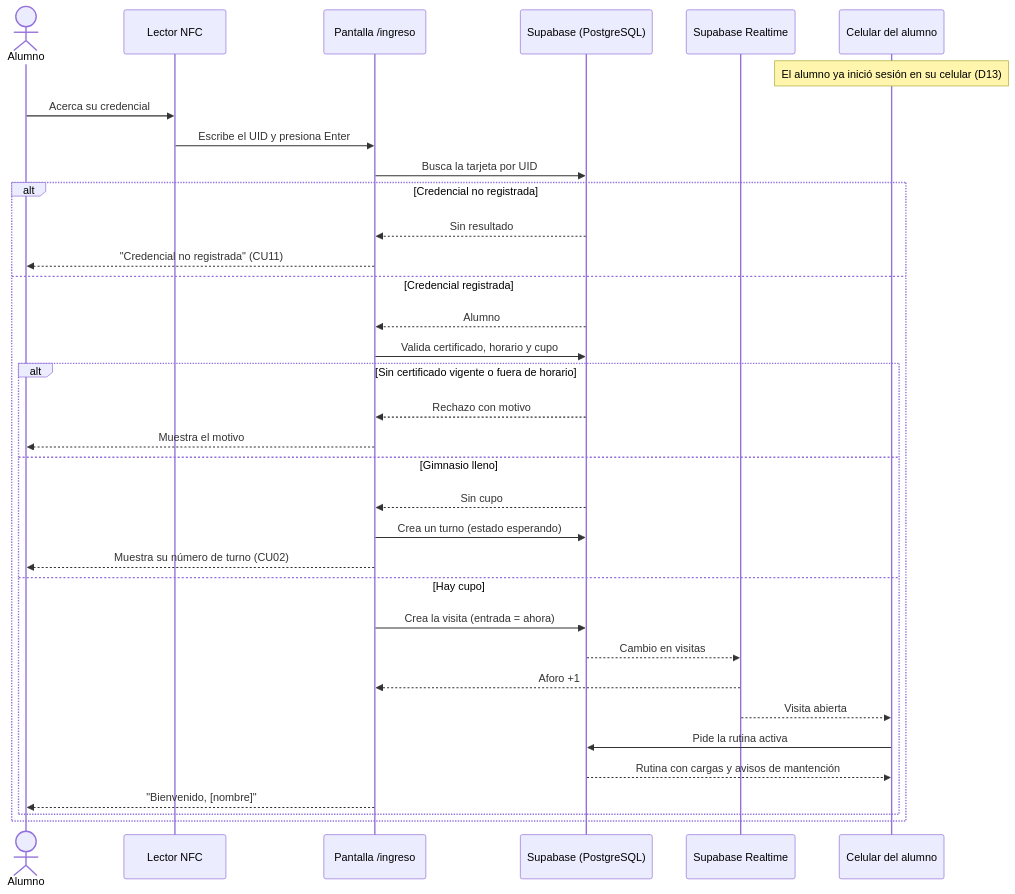
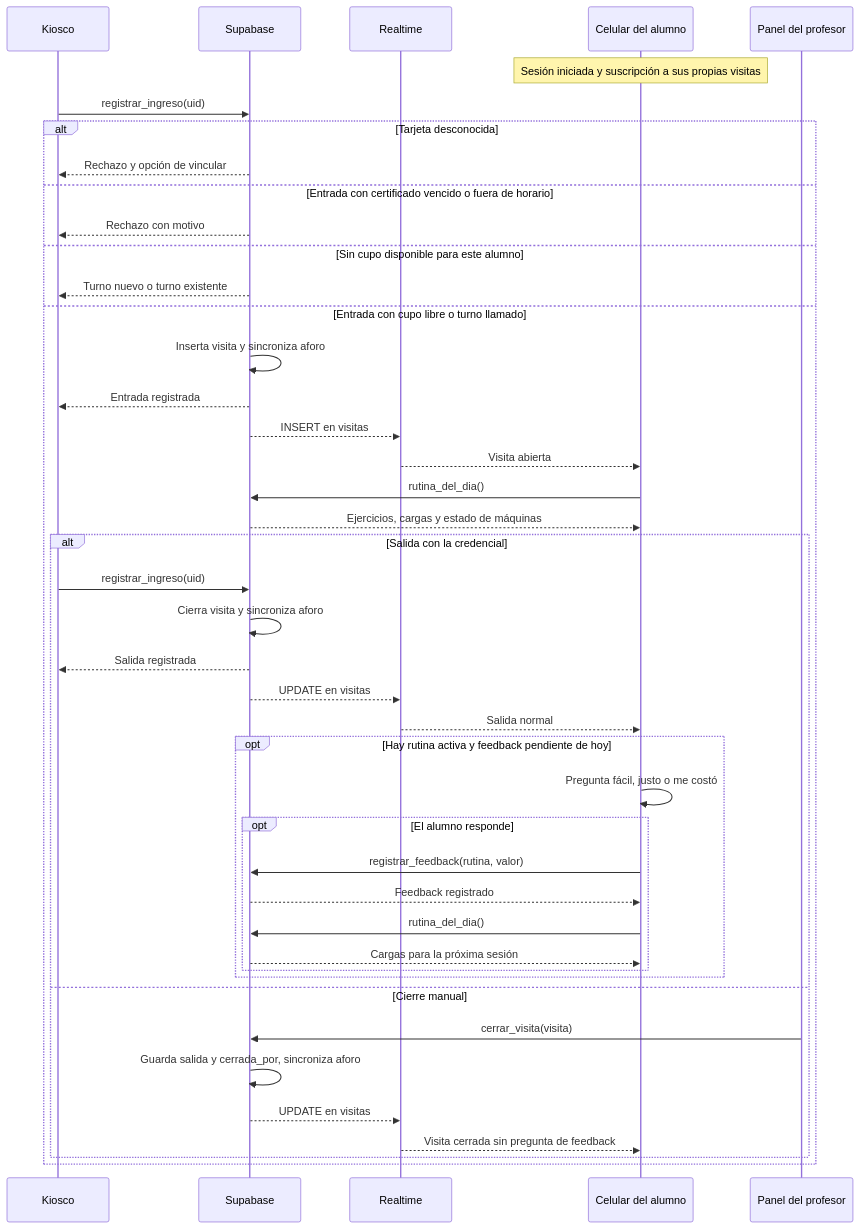
Before and after one commit to vicente-uss/aforofit: the fourth of 6 diagrams in docs/diagramas.md, drawn with Mermaid. The commit also changed other lines of this file and 1 other file, not shown here.

````diff
--- a/docs/diagramas.md
+++ b/docs/diagramas.md
@@ -252,37 +262,45 @@
 ```mermaid
 sequenceDiagram
-    actor A as Alumno
-    participant L as Lector NFC
-    participant P as Pantalla /ingreso
-    participant DB as Supabase (PostgreSQL)
-    participant RT as Supabase Realtime
+    participant K as Kiosco
+    participant DB as Supabase
+    participant RT as Realtime
     participant C as Celular del alumno
-
-    Note over C: El alumno ya inició sesión en su celular (D13)
-    A->>L: Acerca su credencial
-    L->>P: Escribe el UID y presiona Enter
-    P->>DB: Busca la tarjeta por UID
-    alt Credencial no registrada
-        DB-->>P: Sin resultado
-        P-->>A: "Credencial no registrada" (CU11)
-    else Credencial registrada
-        DB-->>P: Alumno
-        P->>DB: Valida certificado, horario y cupo
-        alt Sin certificado vigente o fuera de horario
-            DB-->>P: Rechazo con motivo
-            P-->>A: Muestra el motivo
-        else Gimnasio lleno
-            DB-->>P: Sin cupo
-            P->>DB: Crea un turno (estado esperando)
-            P-->>A: Muestra su número de turno (CU02)
-        else Hay cupo
-            P->>DB: Crea la visita (entrada = ahora)
-            DB-->>RT: Cambio en visitas
-            RT-->>P: Aforo +1
-            RT-->>C: Visita abierta
-            C->>DB: Pide la rutina activa
-            DB-->>C: Rutina con cargas y avisos de mantención
-            P-->>A: "Bienvenido, [nombre]"
+    participant P as Panel del profesor
+    Note over C: Sesión iniciada y suscripción a sus propias visitas
+    K->>DB: registrar_ingreso(uid)
+    alt Tarjeta desconocida
+        DB-->>K: Rechazo y opción de vincular
+    else Entrada con certificado vencido o fuera de horario
+        DB-->>K: Rechazo con motivo
+    else Sin cupo disponible para este alumno
+        DB-->>K: Turno nuevo o turno existente
+    else Entrada con cupo libre o turno llamado
+        DB->>DB: Inserta visita y sincroniza aforo
+        DB-->>K: Entrada registrada
+        DB-->>RT: INSERT en visitas
+        RT-->>C: Visita abierta
+        C->>DB: rutina_del_dia()
+        DB-->>C: Ejercicios, cargas y estado de máquinas
+        alt Salida con la credencial
+            K->>DB: registrar_ingreso(uid)
+            DB->>DB: Cierra visita y sincroniza aforo
+            DB-->>K: Salida registrada
+            DB-->>RT: UPDATE en visitas
+            RT-->>C: Salida normal
+            opt Hay rutina activa y feedback pendiente de hoy
+                C->>C: Pregunta fácil, justo o me costó
+                opt El alumno responde
+                    C->>DB: registrar_feedback(rutina, valor)
+                    DB-->>C: Feedback registrado
+                    C->>DB: rutina_del_dia()
+                    DB-->>C: Cargas para la próxima sesión
+                end
+            end
+        else Cierre manual
+            P->>DB: cerrar_visita(visita)
+            DB->>DB: Guarda salida y cerrada_por, sincroniza aforo
+            DB-->>RT: UPDATE en visitas
+            RT-->>C: Visita cerrada sin pregunta de feedback
         end
     end
 ```
````
